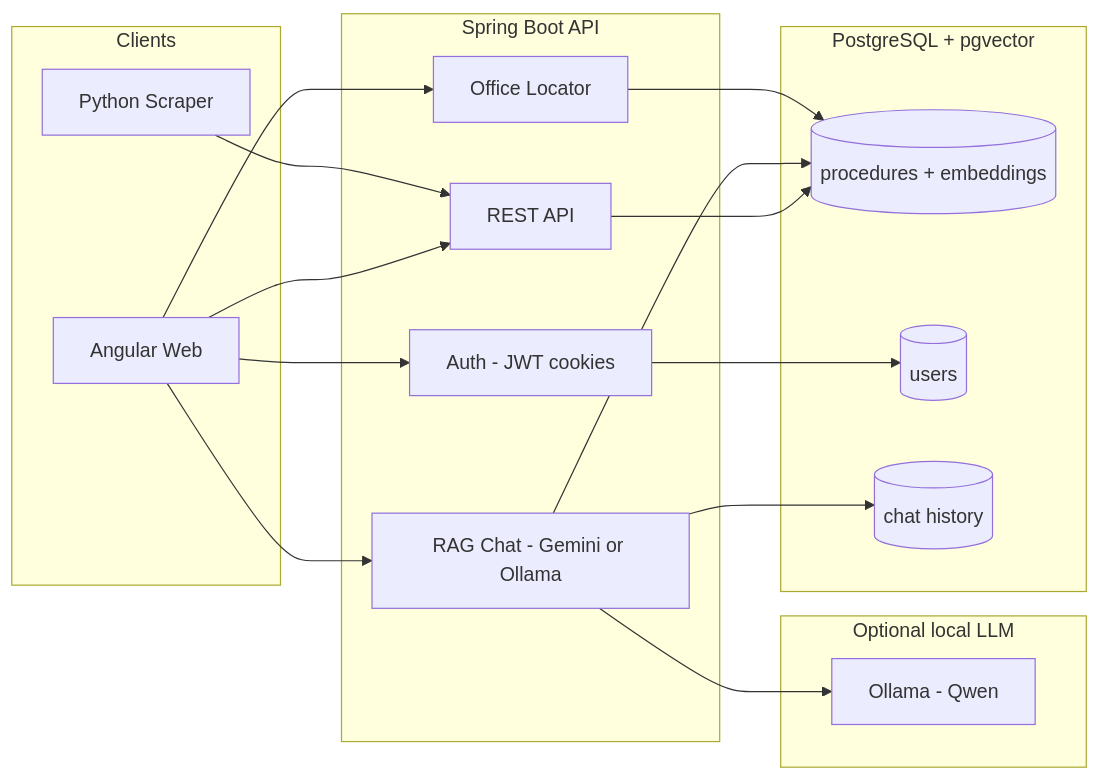
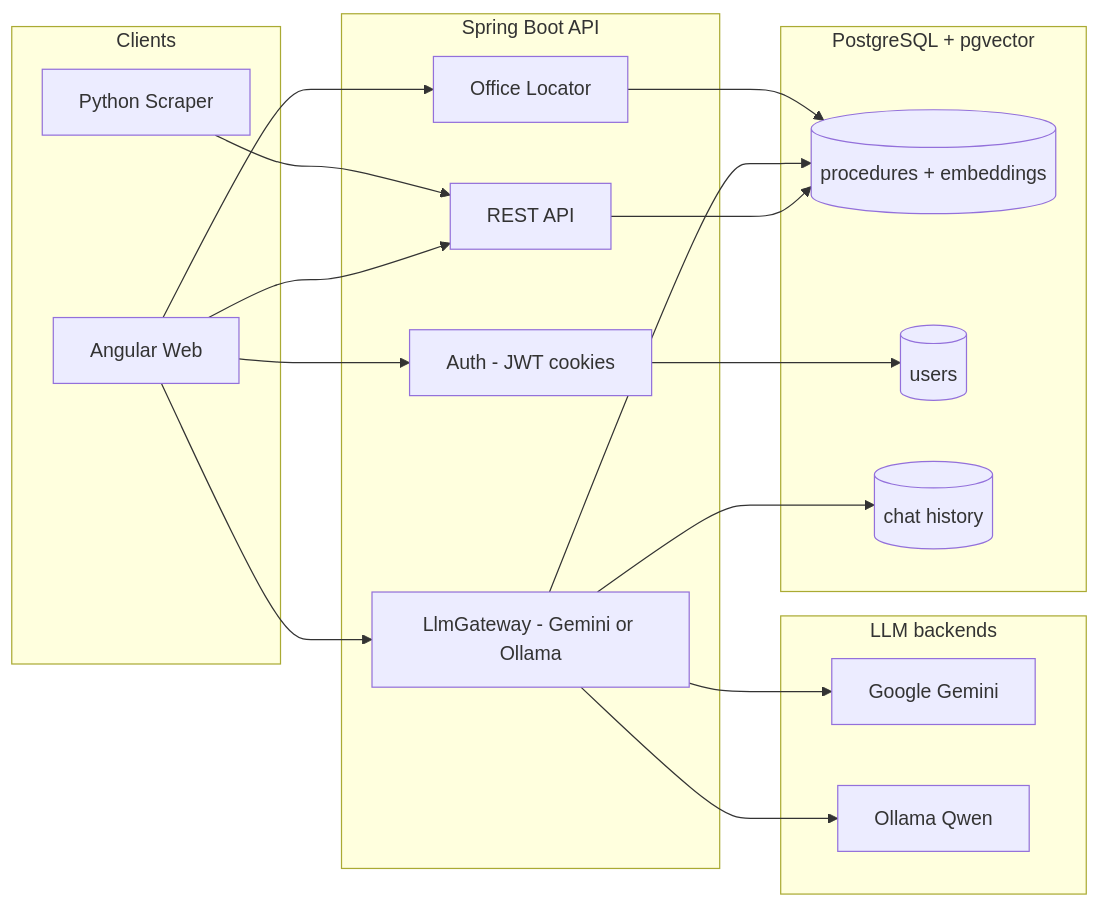
The diagram in README.md (hsanjebri/dossia-), drawn with Mermaid before and after one commit. The commit also changed other lines of this file and 8 other files, not shown here.

````diff
--- a/README.md
+++ b/README.md
@@ -54,36 +130,38 @@
 ```mermaid
 flowchart LR
     subgraph clients [Clients]
         Web[Angular Web]
         Scraper[Python Scraper]
     end
 
     subgraph backend [Spring Boot API]
         API[REST API]
         Auth[Auth - JWT cookies]
-        RAG[RAG Chat - Gemini or Ollama]
+        RAG[LlmGateway - Gemini or Ollama]
         Office[Office Locator]
     end
 
     subgraph data [PostgreSQL + pgvector]
         DB[(procedures + embeddings)]
         Users[(users)]
         Chats[(chat history)]
     end
 
-    subgraph llm [Optional local LLM]
-        Ollama[Ollama - Qwen]
+    subgraph llm [LLM backends]
+        Gemini[Google Gemini]
+        Ollama[Ollama Qwen]
     end
 
     Web --> API
     Web --> Auth
     Web --> RAG
     Web --> Office
     Scraper --> API
     API --> DB
     Auth --> Users
     RAG --> DB
     RAG --> Chats
+    RAG --> Gemini
     RAG --> Ollama
     Office --> DB
 ```
````
